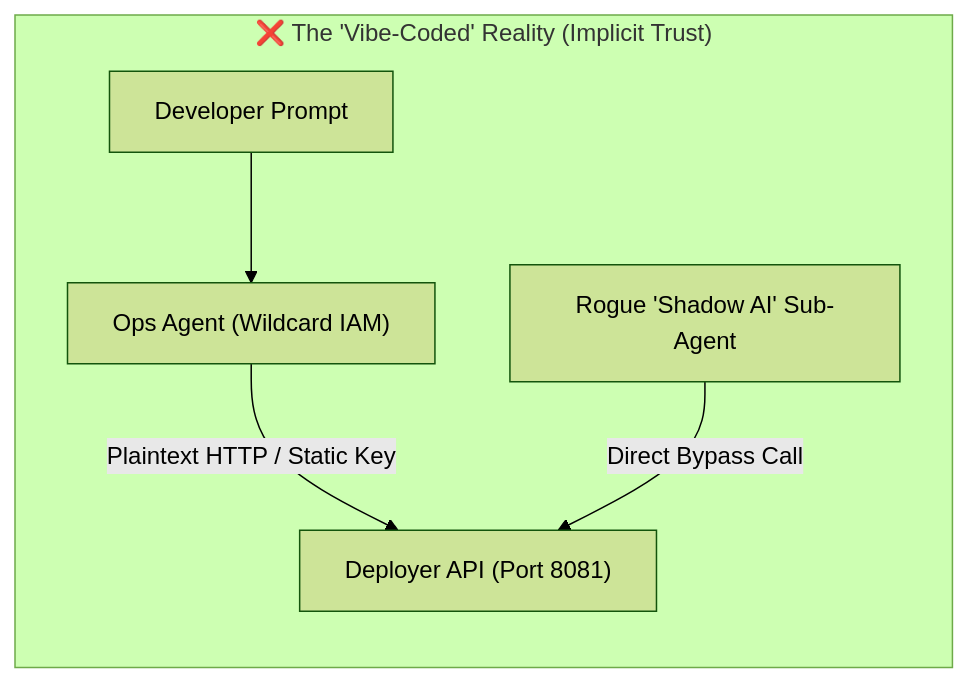
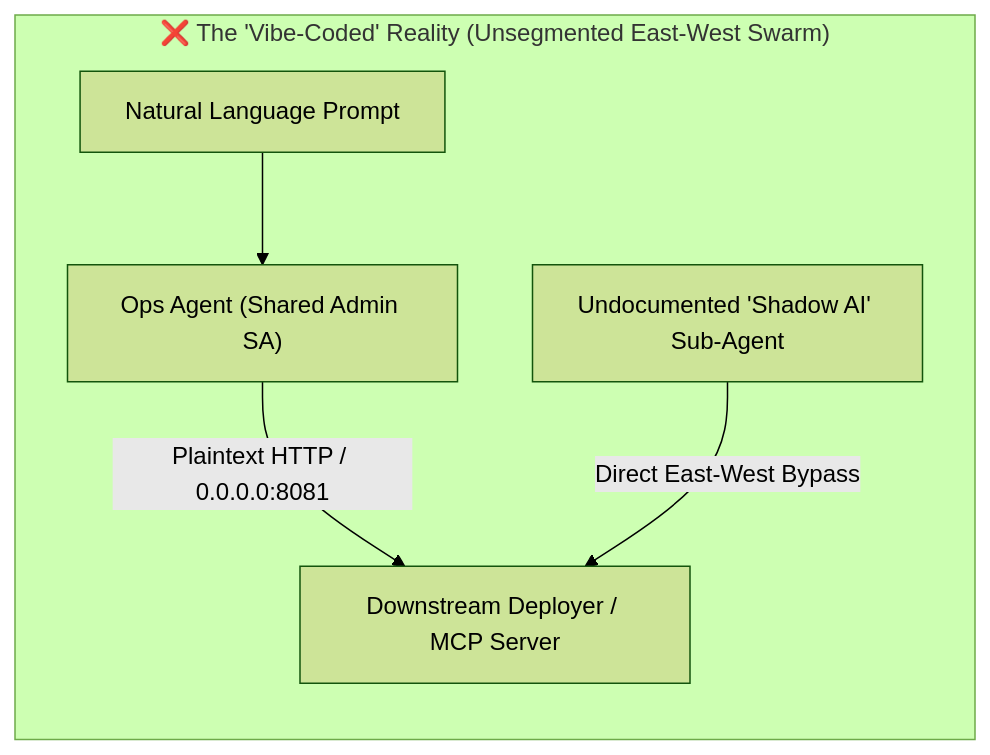
Before and after one commit to gchenry/aether-ops-agent: the first of 2 diagrams in Slides.md, drawn with Mermaid (forest theme). The commit also changed other lines of this file and 15 other files, not shown here.

````diff
--- a/Slides.md
+++ b/Slides.md
@@ -32,8 +37,8 @@
 ```mermaid
 flowchart LR
-    subgraph Vibe["❌ The 'Vibe-Coded' Reality (Implicit Trust)"]
-        Dev["Developer Prompt"] --> AgentA["Ops Agent (Wildcard IAM)"]
-        AgentA -->|Plaintext HTTP / Static Key| Tool1["Deployer API (Port 8081)"]
-        Shadow["Rogue 'Shadow AI' Sub-Agent"] -->|Direct Bypass Call| Tool1
+    subgraph Vibe["❌ The 'Vibe-Coded' Reality (Unsegmented East-West Swarm)"]
+        Prompt["Natural Language Prompt"] --> AgentA["Ops Agent (Shared Admin SA)"]
+        AgentA -->|Plaintext HTTP / 0.0.0.0:8081| MCP["Downstream Deployer / MCP Server"]
+        Shadow["Undocumented 'Shadow AI' Sub-Agent"] -->|Direct East-West Bypass| MCP
     end
 ```
````
